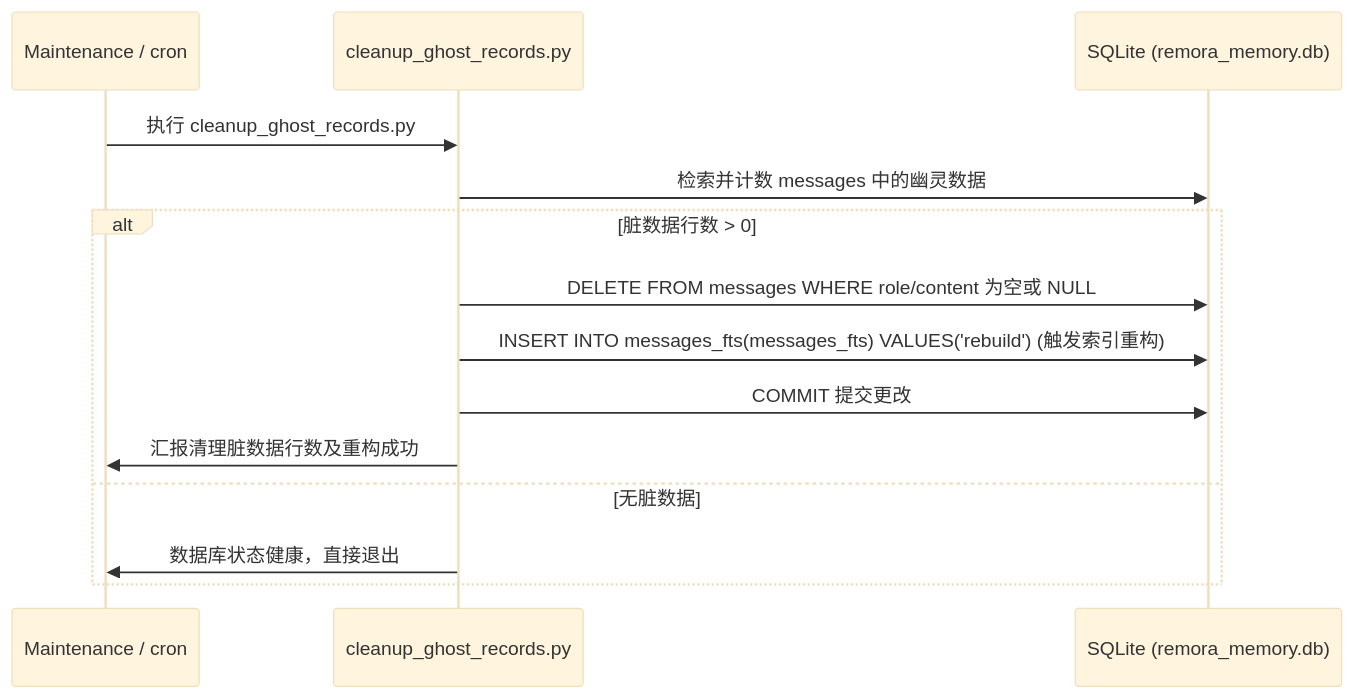
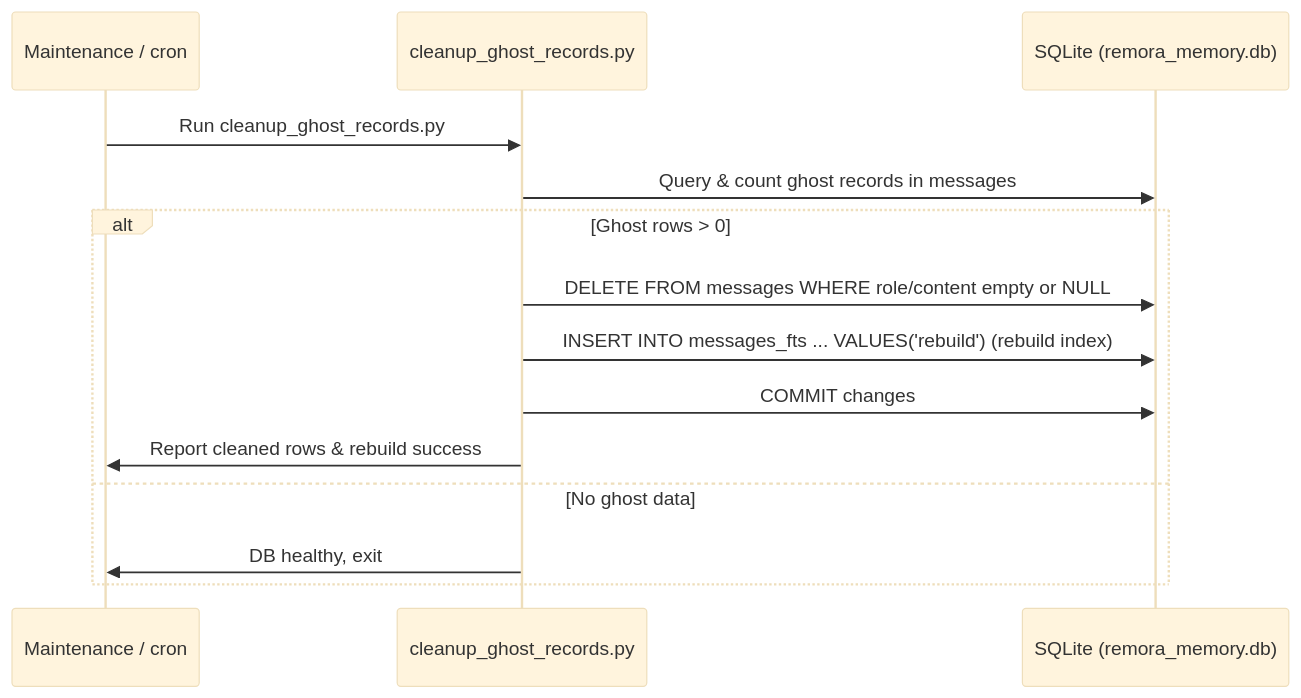
The tenth of 11 diagrams in docs/business_flows.md (pseudoming/remora-plugin), drawn with Mermaid (base theme) before and after one commit. The commit also changed other lines of this file and 10 other files, not shown here.

````diff
--- a/docs/business_flows.md
+++ b/docs/business_flows.md
@@ -409,17 +411,17 @@
 ```mermaid
 sequenceDiagram
     participant Admin as Maintenance / cron
     participant CGR as cleanup_ghost_records.py
     participant DB as SQLite (remora_memory.db)
     
-    Admin->>CGR: 执行 cleanup_ghost_records.py
-    CGR->>DB: 检索并计数 messages 中的幽灵数据
-    alt 脏数据行数 > 0
-        CGR->>DB: DELETE FROM messages WHERE role/content 为空或 NULL
-        CGR->>DB: INSERT INTO messages_fts(messages_fts) VALUES('rebuild') (触发索引重构)
-        CGR->>DB: COMMIT 提交更改
-        CGR->>Admin: 汇报清理脏数据行数及重构成功
-    else 无脏数据
-        CGR->>Admin: 数据库状态健康，直接退出
+    Admin->>CGR: Run cleanup_ghost_records.py
+    CGR->>DB: Query & count ghost records in messages
+    alt Ghost rows > 0
+        CGR->>DB: DELETE FROM messages WHERE role/content empty or NULL
+        CGR->>DB: INSERT INTO messages_fts ... VALUES('rebuild') (rebuild index)
+        CGR->>DB: COMMIT changes
+        CGR->>Admin: Report cleaned rows & rebuild success
+    else No ghost data
+        CGR->>Admin: DB healthy, exit
     end
 ```
````
